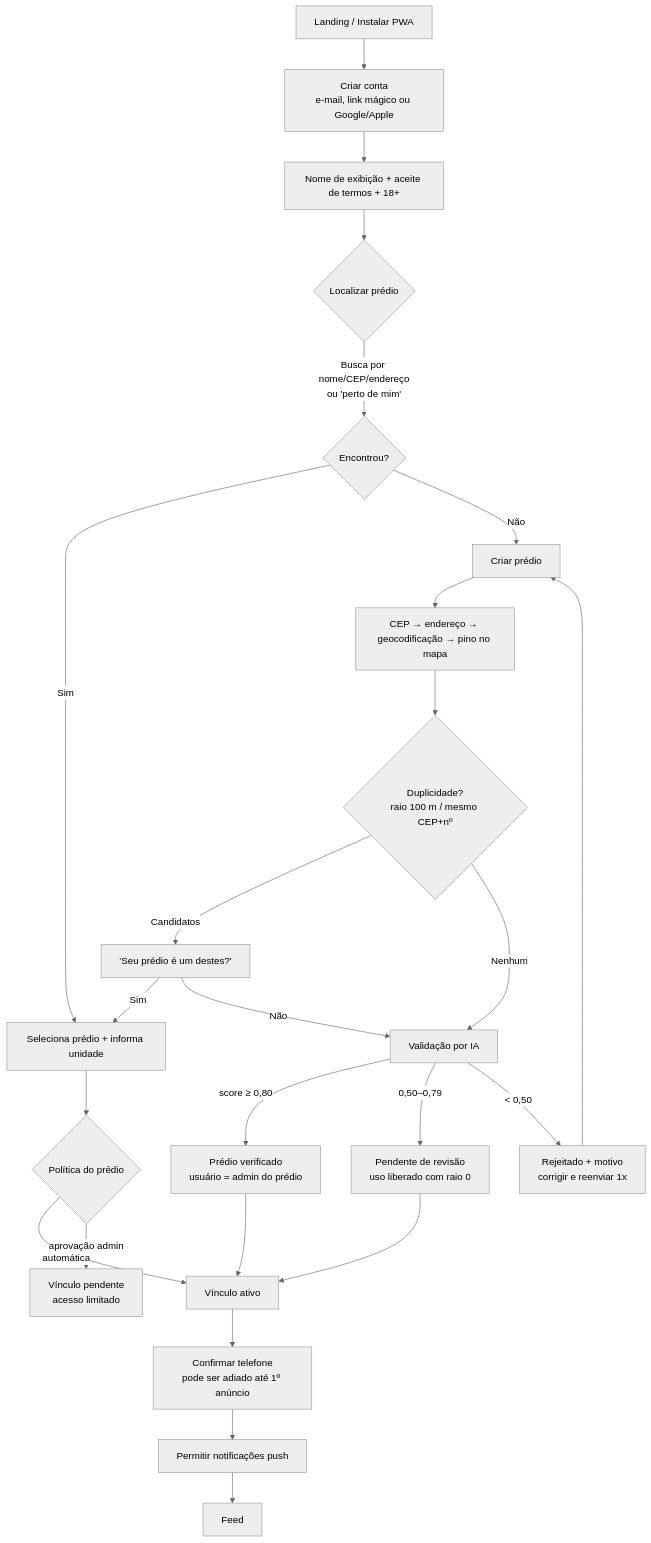
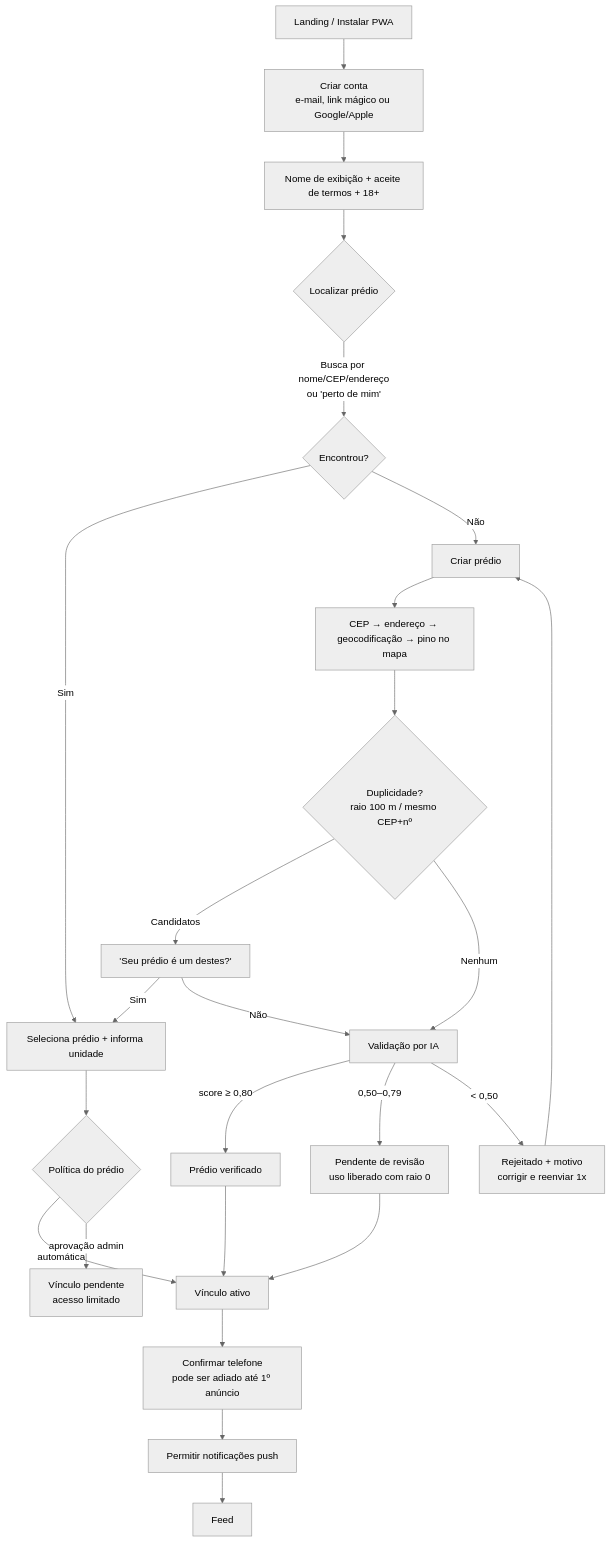
One commit to Wendell00/aquinopredio changed the first of 2 diagrams in docs/03-fluxos.md. Above: the diagram before and after it, drawn with Mermaid (neutral theme). The commit also changed other lines of this file and 38 other files, not shown here.

````diff
--- a/docs/03-fluxos.md
+++ b/docs/03-fluxos.md
@@ -5,27 +5,27 @@
 ```mermaid
 flowchart TD
     A[Landing / Instalar PWA] --> B[Criar conta<br/>e-mail, link mágico ou Google/Apple]
     B --> C[Nome de exibição + aceite de termos + 18+]
     C --> D{Localizar prédio}
     D -->|Busca por nome/CEP/endereço<br/>ou 'perto de mim'| E{Encontrou?}
     E -->|Sim| F[Seleciona prédio + informa unidade]
     F --> G{Política do prédio}
     G -->|automática| H[Vínculo ativo]
     G -->|aprovação admin| I[Vínculo pendente<br/>acesso limitado]
     E -->|Não| J[Criar prédio]
     J --> K[CEP → endereço → geocodificação → pino no mapa]
     K --> L{Duplicidade?<br/>raio 100 m / mesmo CEP+nº}
     L -->|Candidatos| M["'Seu prédio é um destes?'"]
     M -->|Sim| F
     M -->|Não| N[Validação por IA]
     L -->|Nenhum| N
-    N -->|score ≥ 0,80| O[Prédio verificado<br/>usuário = admin do prédio]
+    N -->|score ≥ 0,80| O[Prédio verificado]
     N -->|0,50–0,79| P[Pendente de revisão<br/>uso liberado com raio 0]
     N -->|< 0,50| Q[Rejeitado + motivo<br/>corrigir e reenviar 1x]
     Q --> J
     O --> H
     P --> H
     H --> R[Confirmar telefone<br/>pode ser adiado até 1º anúncio]
     R --> S[Permitir notificações push]
     S --> T[Feed]
 ```
````
